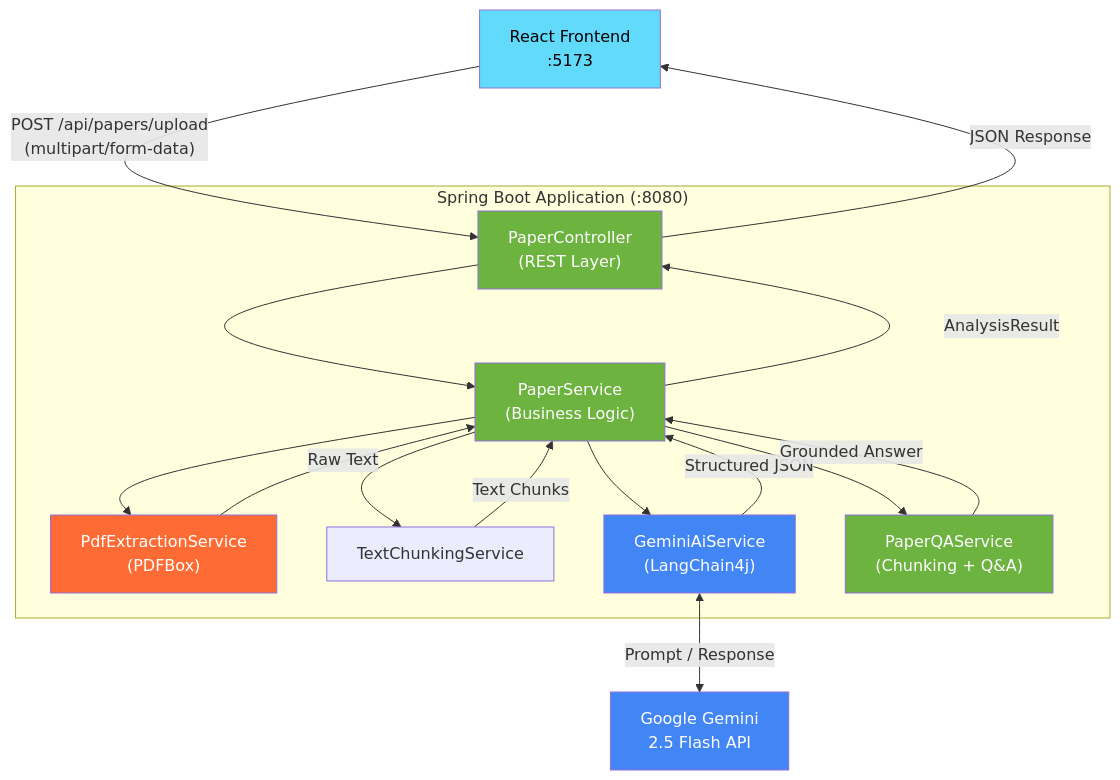
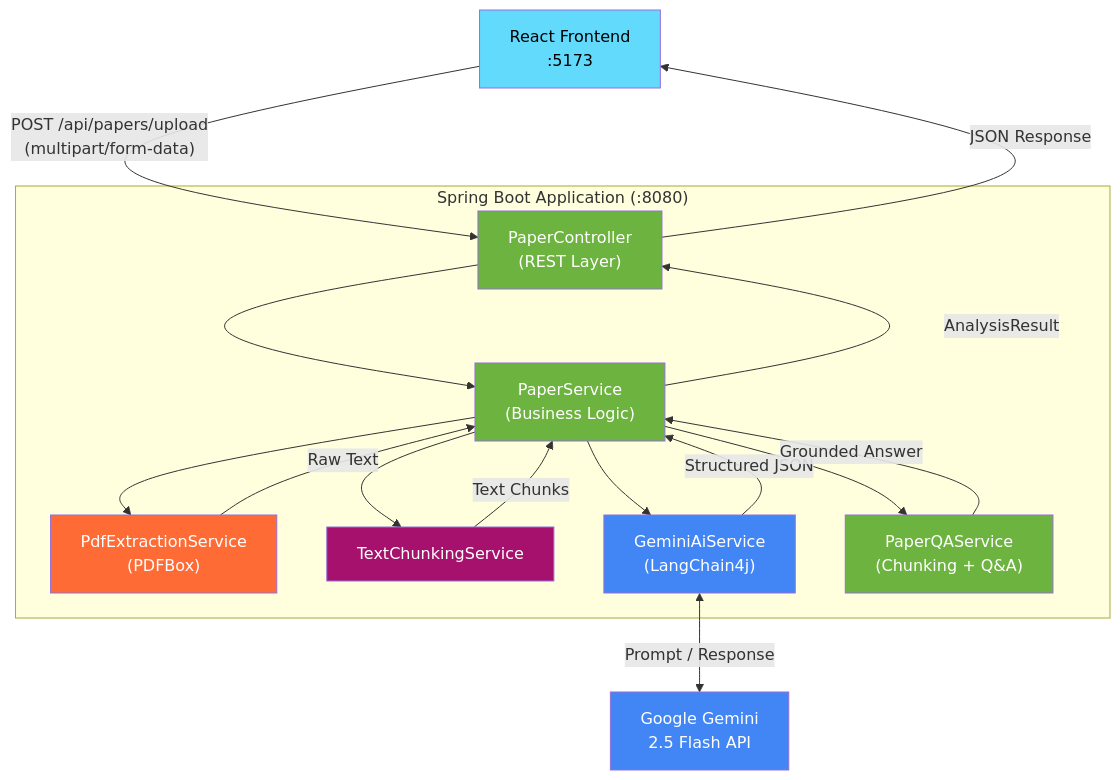
Before and after one commit to aRod209/papersage: the diagram in papersage_backend/README.md, drawn with Mermaid.

Commit message:
add color

````diff
--- a/papersage_backend/README.md
+++ b/papersage_backend/README.md
@@ -25,31 +25,32 @@
 ```mermaid
 graph TD
     Client["React Frontend<br/>:5173"] -->|"POST /api/papers/upload<br/>(multipart/form-data)"| Controller
 
     subgraph "Spring Boot Application (:8080)"
         Controller["PaperController<br/>(REST Layer)"]
         Controller --> PaperService["PaperService<br/>(Business Logic)"]
         PaperService --> PDFService["PdfExtractionService<br/>(PDFBox)"]
         PaperService --> ChunkService["TextChunkingService"]
         PaperService --> AIService["GeminiAiService<br/>(LangChain4j)"]
         PaperService --> QAService["PaperQAService<br/>(Chunking + Q&A)"]
     end
 
     PDFService -->|"Raw Text"| PaperService
     ChunkService -->|"Text Chunks"| PaperService
     AIService -->|"Structured JSON"| PaperService
     QAService -->|"Grounded Answer"| PaperService
 
     AIService <-->|"Prompt / Response"| Gemini["Google Gemini<br/>2.5 Flash API"]
 
     PaperService -->|"AnalysisResult"| Controller
     Controller -->|"JSON Response"| Client
 
     style Client fill:#61DAFB,color:#000
     style Gemini fill:#4285F4,color:#fff
     style Controller fill:#6DB33F,color:#fff
     style PaperService fill:#6DB33F,color:#fff
     style PDFService fill:#ff6b35,color:#fff
+    style ChunkService fill:#a6116d,color:#fff
     style AIService fill:#4285F4,color:#fff
     style QAService fill:#6DB33F,color:#fff
 ```
````
